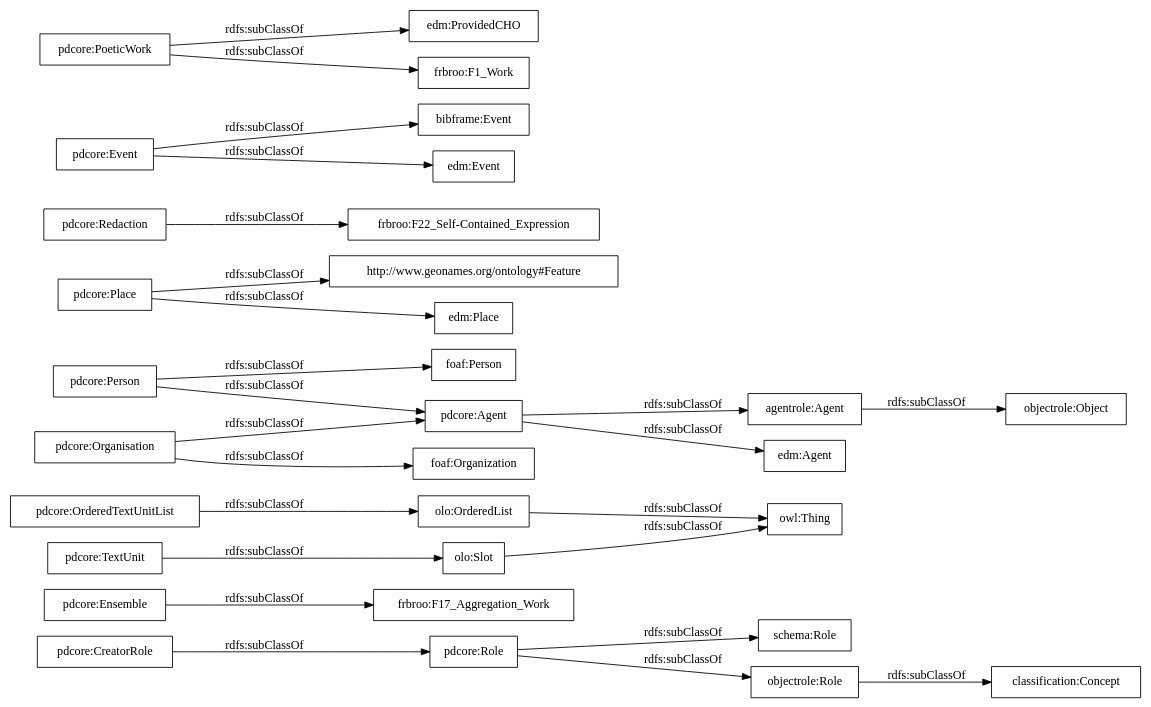
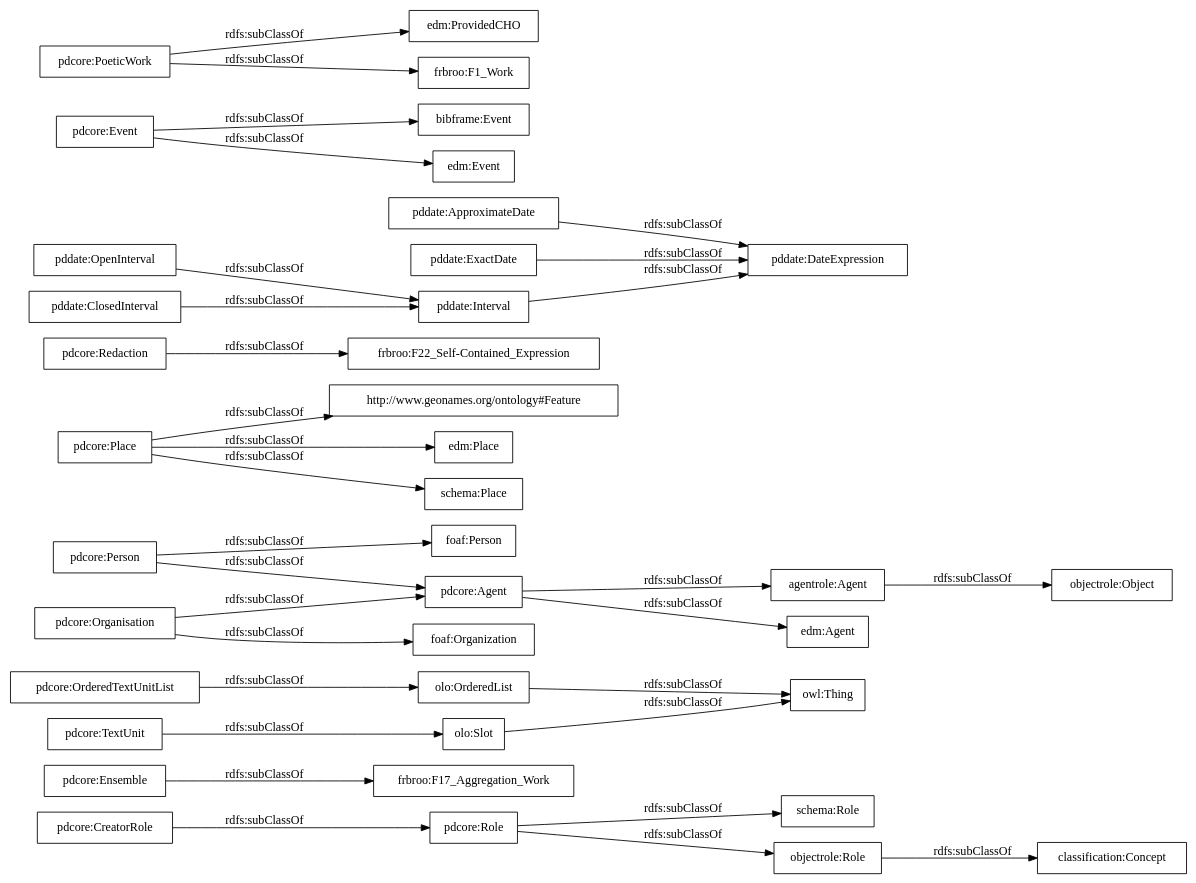
Before and after one commit to linhd-postdata/core-ontology: the diagram in OnToology/postdata-core.owl/diagrams/ar2dtool-taxonomy/postdata-core.owl.png.dot, drawn with Graphviz. The commit also changed 11 other files, not shown here.

```diff
--- a/OnToology/postdata-core.owl/diagrams/ar2dtool-taxonomy/postdata-core.owl.png.dot
+++ b/OnToology/postdata-core.owl/diagrams/ar2dtool-taxonomy/postdata-core.owl.png.dot
@@ -1,29 +1,35 @@
 digraph ar2dtool_diagram { 
 rankdir=LR;
 size="1000"
-node [shape = rectangle, color="black"]; "pdcore:Role" "frbroo:F17_Aggregation_Work" "pdcore:OrderedTextUnitList" "agentrole:Agent" "http://www.geonames.org/ontology#Feature" "edm:Agent" "pdcore:Agent" "pdcore:CreatorRole" "pdcore:Person" "pdcore:Organisation" "edm:Place" "pdcore:Redaction" "pdcore:Ensemble" "foaf:Person" "frbroo:F22_Self-Contained_Expression" "bibframe:Event" "edm:Event" "pdcore:TextUnit" "foaf:Organization" "edm:ProvidedCHO" "pdcore:Place" "pdcore:Event" "pdcore:PoeticWork" "frbroo:F1_Work" "schema:Role" "owl:Thing" "objectrole:Role" "objectrole:Object" "olo:Slot" "olo:OrderedList" "classification:Concept" ; /*classes style*/
+node [shape = rectangle, color="black"]; "pdcore:Role" "frbroo:F17_Aggregation_Work" "pdcore:OrderedTextUnitList" "agentrole:Agent" "http://www.geonames.org/ontology#Feature" "edm:Agent" "pdcore:Agent" "pdcore:CreatorRole" "pdcore:Person" "pdcore:Organisation" "edm:Place" "pdcore:Redaction" "pdcore:Ensemble" "foaf:Person" "pddate:ApproximateDate" "frbroo:F22_Self-Contained_Expression" "bibframe:Event" "edm:Event" "pdcore:TextUnit" "foaf:Organization" "edm:ProvidedCHO" "pdcore:Place" "schema:Place" "pdcore:Event" "pdcore:PoeticWork" "frbroo:F1_Work" "schema:Role" "owl:Thing" "objectrole:Role" "objectrole:Object" "olo:Slot" "olo:OrderedList" "pddate:ExactDate" "pddate:OpenInterval" "pddate:DateExpression" "pddate:ClosedInterval" "pddate:Interval" "classification:Concept" ; /*classes style*/
+	"pdcore:Person" -> "foaf:Person" [ label = "rdfs:subClassOf" ];
+	"pdcore:Person" -> "pdcore:Agent" [ label = "rdfs:subClassOf" ];
+	"pddate:Interval" -> "pddate:DateExpression" [ label = "rdfs:subClassOf" ];
+	"pddate:OpenInterval" -> "pddate:Interval" [ label = "rdfs:subClassOf" ];
+	"agentrole:Agent" -> "objectrole:Object" [ label = "rdfs:subClassOf" ];
+	"pdcore:PoeticWork" -> "frbroo:F1_Work" [ label = "rdfs:subClassOf" ];
+	"pdcore:PoeticWork" -> "edm:ProvidedCHO" [ label = "rdfs:subClassOf" ];
+	"objectrole:Role" -> "classification:Concept" [ label = "rdfs:subClassOf" ];
+	"pddate:ClosedInterval" -> "pddate:Interval" [ label = "rdfs:subClassOf" ];
+	"pdcore:Agent" -> "agentrole:Agent" [ label = "rdfs:subClassOf" ];
+	"pdcore:Agent" -> "edm:Agent" [ label = "rdfs:subClassOf" ];
+	"olo:Slot" -> "owl:Thing" [ label = "rdfs:subClassOf" ];
+	"pdcore:Organisation" -> "foaf:Organization" [ label = "rdfs:subClassOf" ];
+	"pdcore:Organisation" -> "pdcore:Agent" [ label = "rdfs:subClassOf" ];
+	"pdcore:Ensemble" -> "frbroo:F17_Aggregation_Work" [ label = "rdfs:subClassOf" ];
+	"olo:OrderedList" -> "owl:Thing" [ label = "rdfs:subClassOf" ];
+	"pdcore:TextUnit" -> "olo:Slot" [ label = "rdfs:subClassOf" ];
 	"pdcore:Redaction" -> "frbroo:F22_Self-Contained_Expression" [ label = "rdfs:subClassOf" ];
+	"pdcore:Place" -> "edm:Place" [ label = "rdfs:subClassOf" ];
+	"pdcore:Place" -> "schema:Place" [ label = "rdfs:subClassOf" ];
+	"pdcore:Place" -> "http://www.geonames.org/ontology#Feature" [ label = "rdfs:subClassOf" ];
+	"pdcore:CreatorRole" -> "pdcore:Role" [ label = "rdfs:subClassOf" ];
 	"pdcore:Role" -> "objectrole:Role" [ label = "rdfs:subClassOf" ];
 	"pdcore:Role" -> "schema:Role" [ label = "rdfs:subClassOf" ];
+	"pddate:ApproximateDate" -> "pddate:DateExpression" [ label = "rdfs:subClassOf" ];
+	"pddate:ExactDate" -> "pddate:DateExpression" [ label = "rdfs:subClassOf" ];
+	"pdcore:OrderedTextUnitList" -> "olo:OrderedList" [ label = "rdfs:subClassOf" ];
 	"pdcore:Event" -> "edm:Event" [ label = "rdfs:subClassOf" ];
 	"pdcore:Event" -> "bibframe:Event" [ label = "rdfs:subClassOf" ];
-	"pdcore:Person" -> "foaf:Person" [ label = "rdfs:subClassOf" ];
-	"pdcore:Person" -> "pdcore:Agent" [ label = "rdfs:subClassOf" ];
-	"olo:OrderedList" -> "owl:Thing" [ label = "rdfs:subClassOf" ];
-	"olo:Slot" -> "owl:Thing" [ label = "rdfs:subClassOf" ];
-	"pdcore:PoeticWork" -> "frbroo:F1_Work" [ label = "rdfs:subClassOf" ];
-	"pdcore:PoeticWork" -> "edm:ProvidedCHO" [ label = "rdfs:subClassOf" ];
-	"pdcore:TextUnit" -> "olo:Slot" [ label = "rdfs:subClassOf" ];
-	"agentrole:Agent" -> "objectrole:Object" [ label = "rdfs:subClassOf" ];
-	"pdcore:Ensemble" -> "frbroo:F17_Aggregation_Work" [ label = "rdfs:subClassOf" ];
-	"pdcore:OrderedTextUnitList" -> "olo:OrderedList" [ label = "rdfs:subClassOf" ];
-	"pdcore:Agent" -> "agentrole:Agent" [ label = "rdfs:subClassOf" ];
-	"pdcore:Agent" -> "edm:Agent" [ label = "rdfs:subClassOf" ];
-	"objectrole:Role" -> "classification:Concept" [ label = "rdfs:subClassOf" ];
-	"pdcore:Place" -> "edm:Place" [ label = "rdfs:subClassOf" ];
-	"pdcore:Place" -> "http://www.geonames.org/ontology#Feature" [ label = "rdfs:subClassOf" ];
-	"pdcore:Organisation" -> "foaf:Organization" [ label = "rdfs:subClassOf" ];
-	"pdcore:Organisation" -> "pdcore:Agent" [ label = "rdfs:subClassOf" ];
-	"pdcore:CreatorRole" -> "pdcore:Role" [ label = "rdfs:subClassOf" ];
 
 }
```
